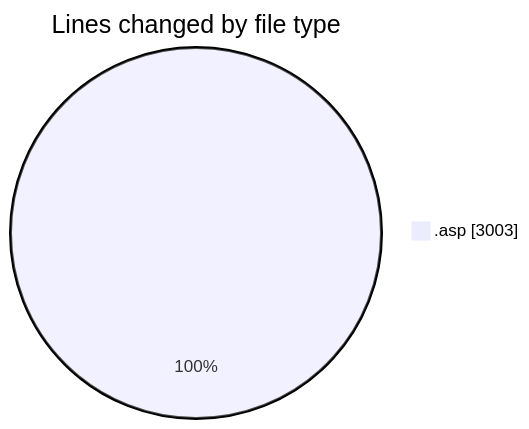
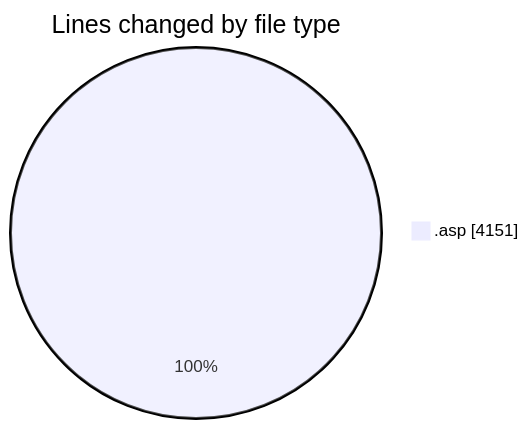
One commit to julien-gomy/code-tracking changed the first of 2 diagrams in 2025-11-26/cdp_aleoudev_fr__workspace_/README.md. Above: the diagram before and after it, drawn with Mermaid. The commit also changed other lines of this file and 1 other file, not shown here.

````diff
--- a/2025-11-26/cdp_aleoudev_fr__workspace_/README.md
+++ b/2025-11-26/cdp_aleoudev_fr__workspace_/README.md
@@ -22,5 +23,5 @@
 ```mermaid
 pie showData
 title Lines changed by file type
-".asp" : 3003
+".asp" : 4151
 ```
````
